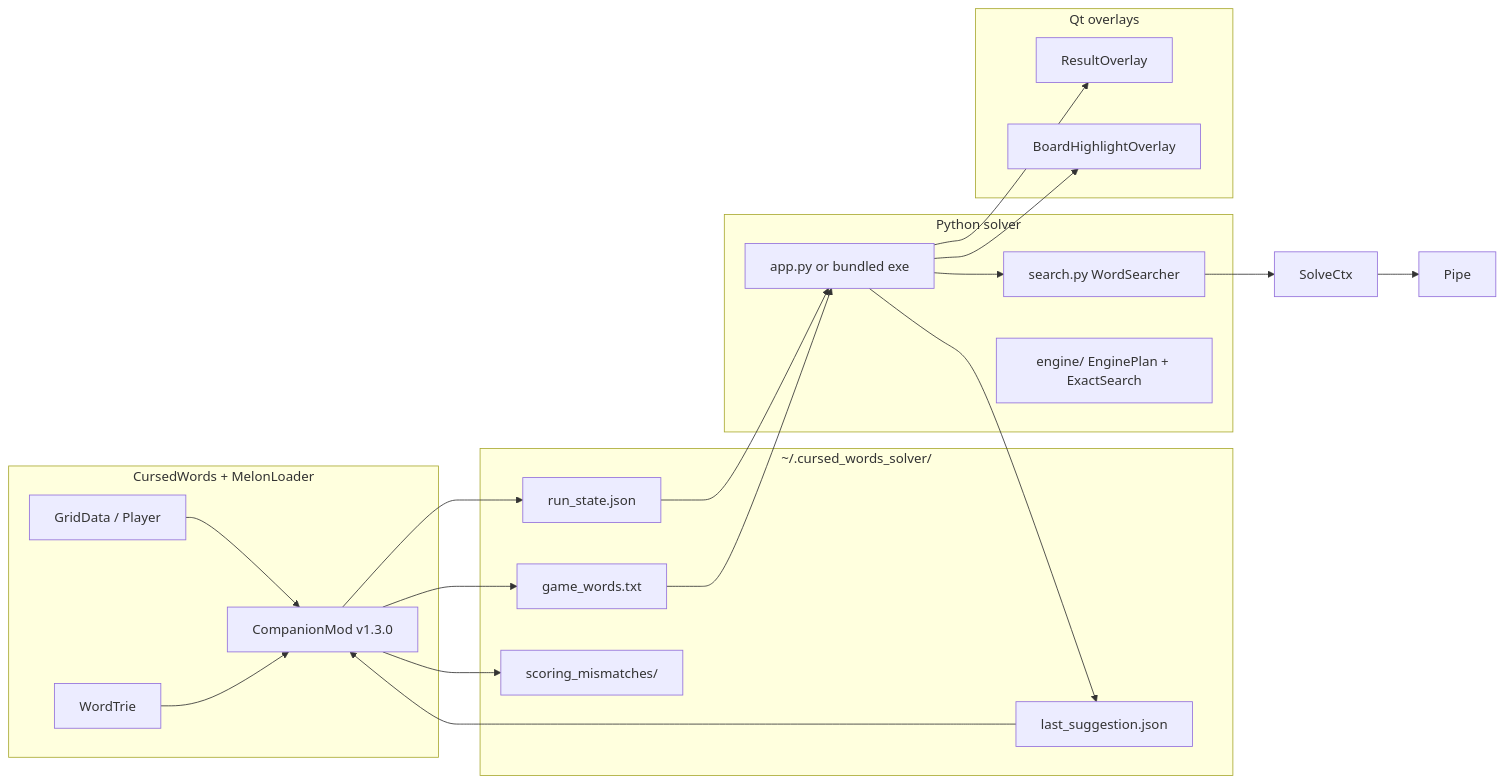
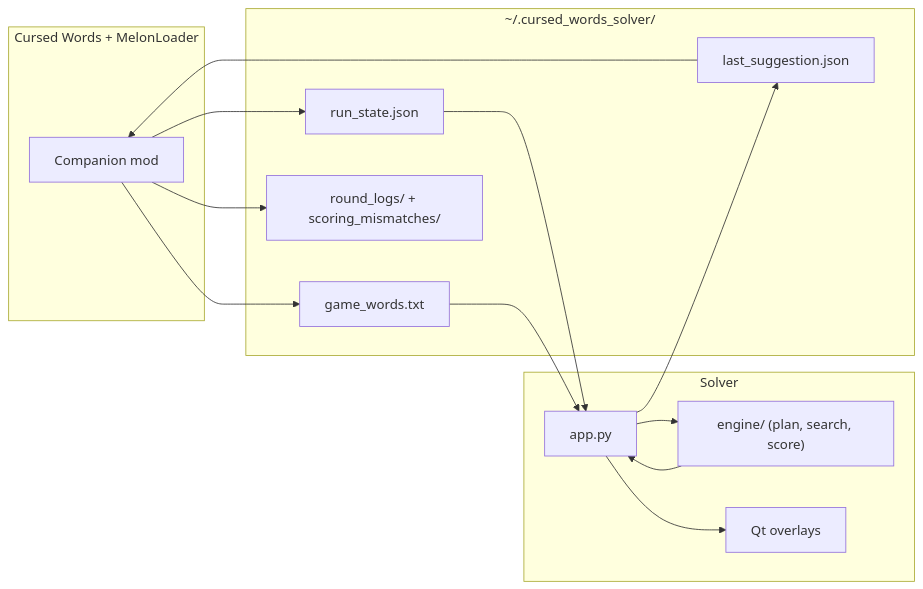
The diagram in README.md (SleepyFinale/cursed-words-solver), drawn with Mermaid before and after one commit. The commit also changed other lines of this file and 14 other files, not shown here.

````diff
--- a/README.md
+++ b/README.md
@@ -76,37 +81,27 @@
 ```mermaid
 flowchart LR
-  subgraph game [CursedWords + MelonLoader]
-    GridData[GridData / Player]
-    WordTrie[WordTrie]
-    Companion[CompanionMod v1.3.0]
+  subgraph game [Cursed Words + MelonLoader]
+    Mod[Companion mod]
   end
   subgraph files ["~/.cursed_words_solver/"]
     RS[run_state.json]
     GW[game_words.txt]
     LS[last_suggestion.json]
-    MM[scoring_mismatches/]
+    RL[round_logs/ + scoring_mismatches/]
   end
-  subgraph solver [Python solver]
-    App["app.py or bundled exe"]
-    Search[search.py WordSearcher]
-    Engine[engine/ EnginePlan + ExactSearch]
+  subgraph solver [Solver]
+    App[app.py]
+    Engine["engine/ (plan, search, score)"]
+    UI[Qt overlays]
   end
-  subgraph ui [Qt overlays]
-    Overlay[ResultOverlay]
-    Highlight[BoardHighlightOverlay]
-  end
-  GridData --> Companion
-  WordTrie --> Companion
-  Companion --> RS
-  Companion --> GW
+  Mod --> RS
+  Mod --> GW
   RS --> App
   GW --> App
-  App --> Search
-  Search --> SolveCtx
-  SolveCtx --> Pipe
+  App --> Engine
+  Engine --> App
+  App --> UI
   App --> LS
-  LS --> Companion
-  Companion --> MM
-  App --> Overlay
-  App --> Highlight
+  LS --> Mod
+  Mod --> RL
 ```
````
